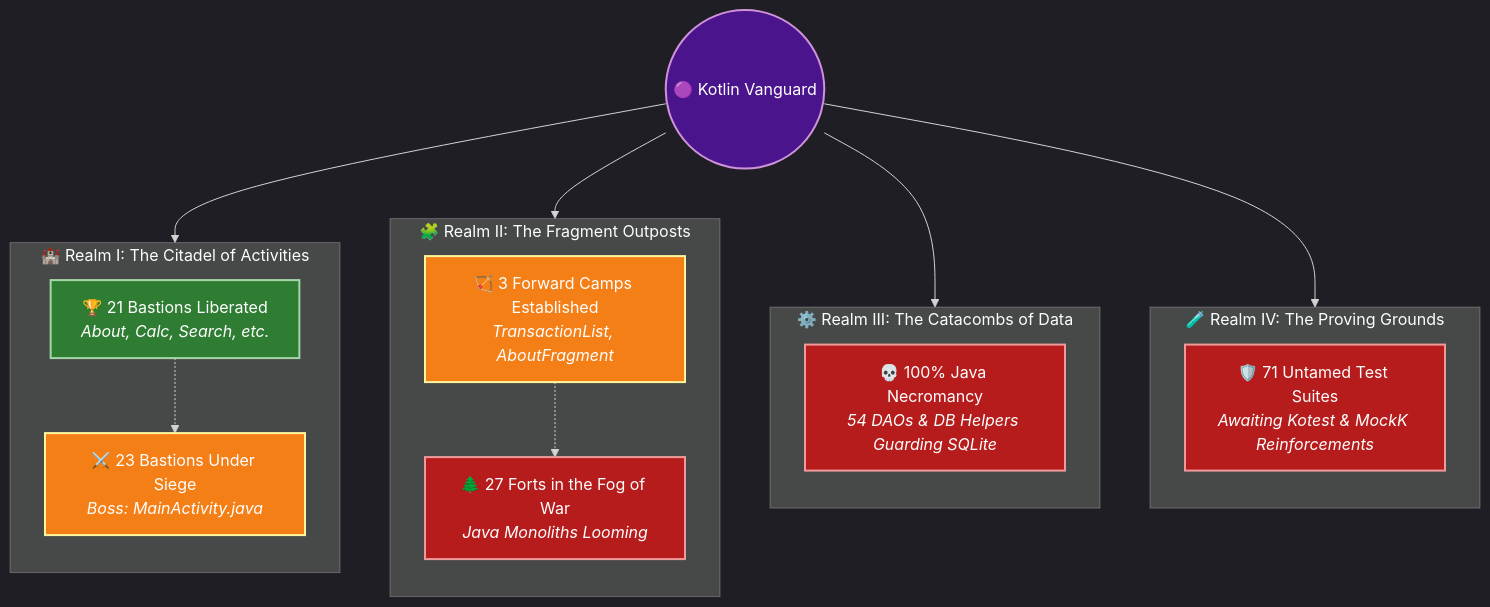
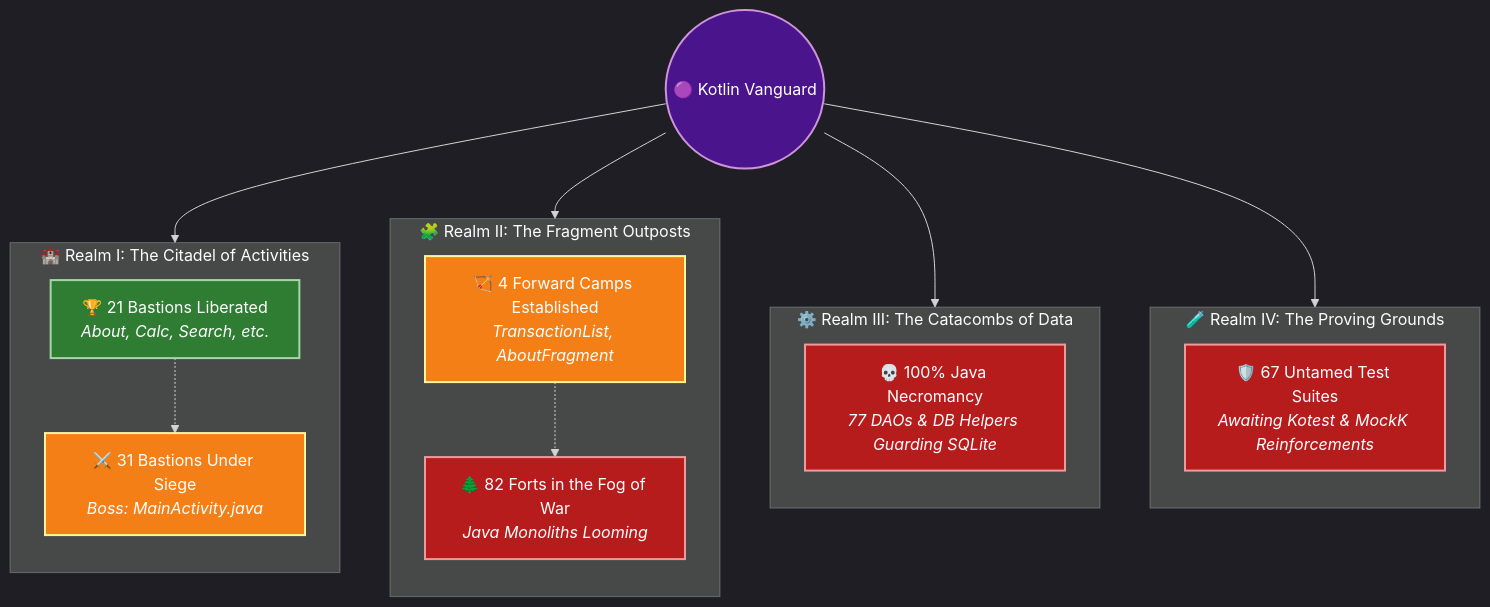
The second of 3 diagrams in KOTLIN_MIGRATION_REPORT.md (solomonrajan/cashledger), drawn with Mermaid before and after one commit. The commit also changed other lines of this file, not shown here.

````diff
--- a/KOTLIN_MIGRATION_REPORT.md
+++ b/KOTLIN_MIGRATION_REPORT.md
@@ -31,37 +29,37 @@
 ```mermaid
 %%{init: {'theme': 'dark', 'themeVariables': { 'fontFamily': 'monospace' }}}%%
 flowchart TD
     classDef liberated fill:#2e7d32,stroke:#a5d6a7,stroke-width:2px,color:#ffffff;
     classDef siege fill:#f57f17,stroke:#fff59d,stroke-width:2px,color:#ffffff;
     classDef occupied fill:#b71c1c,stroke:#ef9a9a,stroke-width:2px,color:#ffffff;
     classDef portal fill:#4a148c,stroke:#ce93d8,stroke-width:2px,color:#ffffff;
 
     Start((🟣 Kotlin Vanguard)):::portal --> Castle
     Start --> Valley
     Start --> Dungeon
     Start --> Arena
 
     subgraph Castle["🏰 Realm I: The Citadel of Activities"]
         direction TB
         A_Won["🏆 21 Bastions Liberated<br/><i>About, Calc, Search, etc.</i>"]:::liberated
-        A_Siege["⚔️ 23 Bastions Under Siege<br/><i>Boss: MainActivity.java</i>"]:::siege
+        A_Siege["⚔️ 31 Bastions Under Siege<br/><i>Boss: MainActivity.java</i>"]:::siege
         A_Won -.-> A_Siege
     end
 
     subgraph Valley["🧩 Realm II: The Fragment Outposts"]
         direction TB
-        F_Scout["🏹 3 Forward Camps Established<br/><i>TransactionList, AboutFragment</i>"]:::siege
-        F_Wild["🌲 27 Forts in the Fog of War<br/><i>Java Monoliths Looming</i>"]:::occupied
+        F_Scout["🏹 4 Forward Camps Established<br/><i>TransactionList, AboutFragment</i>"]:::siege
+        F_Wild["🌲 82 Forts in the Fog of War<br/><i>Java Monoliths Looming</i>"]:::occupied
         F_Scout -.-> F_Wild
     end
 
     subgraph Dungeon["⚙️ Realm III: The Catacombs of Data"]
         direction TB
-        D_Curse["💀 100% Java Necromancy<br/><i>54 DAOs & DB Helpers Guarding SQLite</i>"]:::occupied
+        D_Curse["💀 100% Java Necromancy<br/><i>77 DAOs & DB Helpers Guarding SQLite</i>"]:::occupied
     end
 
     subgraph Arena["🧪 Realm IV: The Proving Grounds"]
         direction TB
-        T_Trial["🛡️ 71 Untamed Test Suites<br/><i>Awaiting Kotest & MockK Reinforcements</i>"]:::occupied
+        T_Trial["🛡️ 67 Untamed Test Suites<br/><i>Awaiting Kotest & MockK Reinforcements</i>"]:::occupied
     end
 ```
````
